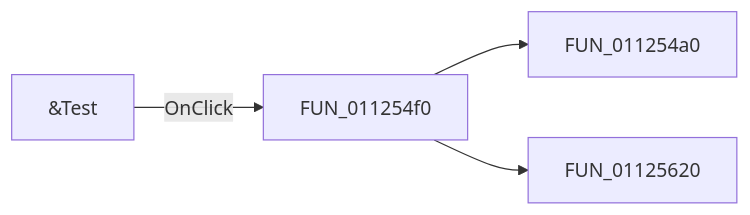
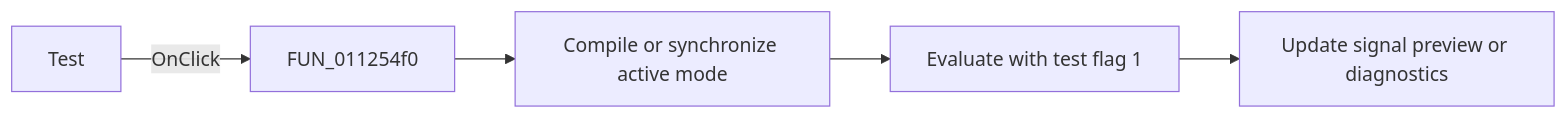
Before and after one commit to MovGP0/TIARA: the diagram in docs/ui-controls/signaleditordlg/btntest-01b62f7415.md, drawn with Mermaid. The commit also changed other lines of this file and 1062 other files, not shown here.

````diff
--- a/docs/ui-controls/signaleditordlg/btntest-01b62f7415.md
+++ b/docs/ui-controls/signaleditordlg/btntest-01b62f7415.md
@@ -27,6 +32,7 @@
 ```mermaid
 flowchart LR
-    control["&Test"] -->|OnClick| handler["FUN_011254f0"]
-    handler --> call1["FUN_011254a0"]
-    handler --> call2["FUN_01125620"]
+    control["Test"] -->|"OnClick"| handler["FUN_011254f0"]
+    handler --> prepare["Compile or synchronize active mode"]
+    prepare --> evaluate["Evaluate with test flag 1"]
+    evaluate --> preview["Update signal preview or diagnostics"]
 ```
````
